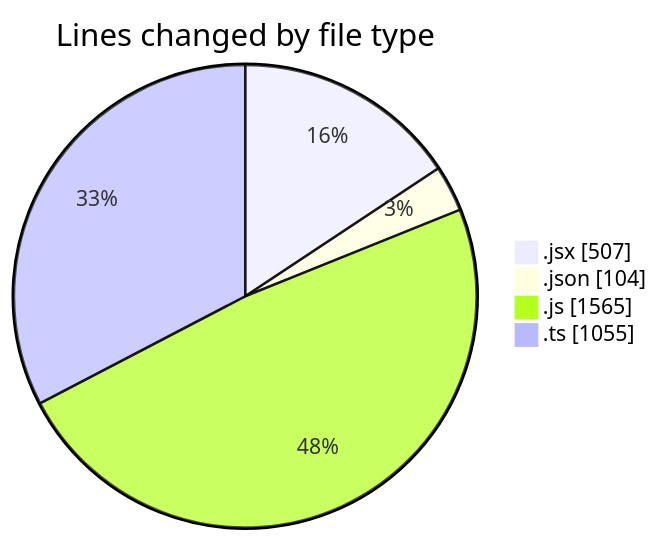
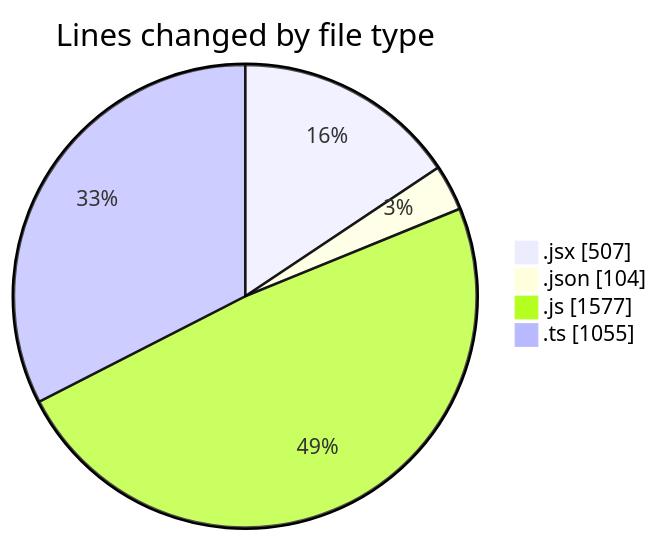
Before and after one commit to momahboobian/code-tracking: the first of 2 diagrams in 2025-05-19/cda/README.md, drawn with Mermaid. The commit also changed other lines of this file and 1 other file, not shown here.

````diff
--- a/2025-05-19/cda/README.md
+++ b/2025-05-19/cda/README.md
@@ -27,8 +27,8 @@
 ```mermaid
 pie showData
 title Lines changed by file type
 ".jsx" : 507
 ".json" : 104
-".js" : 1565
+".js" : 1577
 ".ts" : 1055
 ```
````
